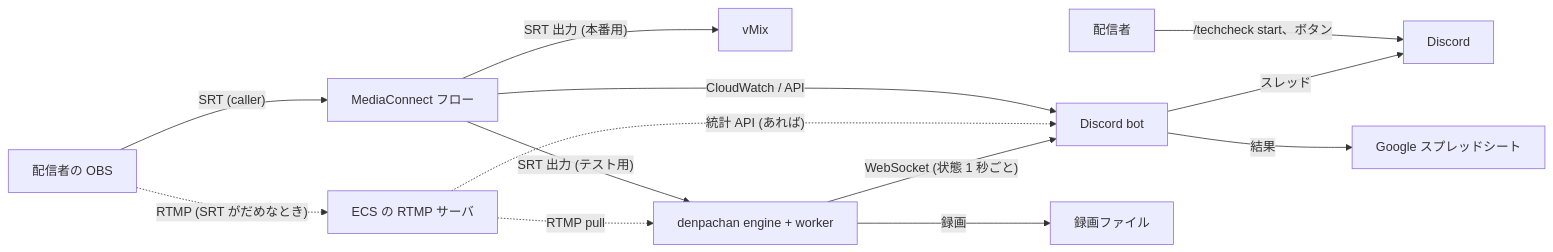
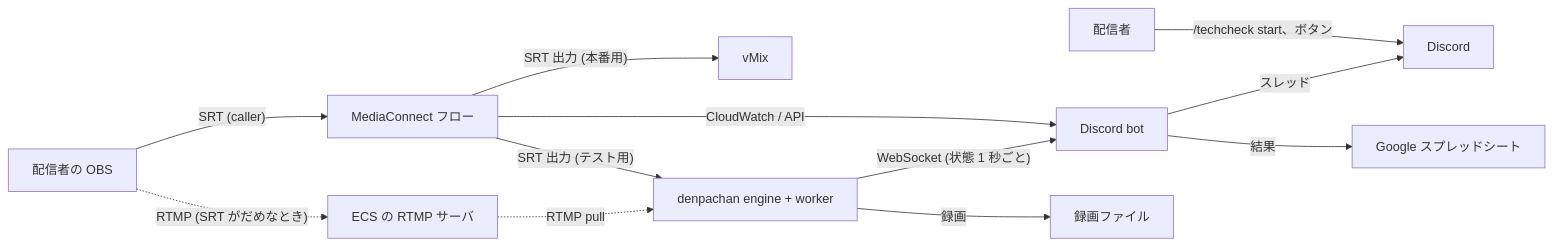
One commit to RTAinJapan/denpachan changed the first of 2 diagrams in docs/stream-test-automation.md. Above: the diagram before and after it, drawn with Mermaid. The commit also changed other lines of this file and 1 other file, not shown here.

````diff
--- a/docs/stream-test-automation.md
+++ b/docs/stream-test-automation.md
@@ -39,15 +39,14 @@
 ```mermaid
 flowchart LR
     S[配信者の OBS] -- "SRT (caller)" --> M[MediaConnect フロー]
     S -. "RTMP (SRT がだめなとき)" .-> T[ECS の RTMP サーバ]
     M -- "SRT 出力 (本番用)" --> V[vMix]
     M -- "SRT 出力 (テスト用)" --> E[denpachan engine + worker]
     T -. "RTMP pull" .-> E
     M -- "CloudWatch / API" --> B[Discord bot]
-    T -. "統計 API (あれば)" .-> B
     E -- "WebSocket (状態 1 秒ごと)" --> B
     P[配信者] -- "/techcheck start、ボタン" --> D[Discord]
     B -- スレッド --> D
     B -- 結果 --> G[Google スプレッドシート]
     E -- 録画 --> R[録画ファイル]
 ```
````
